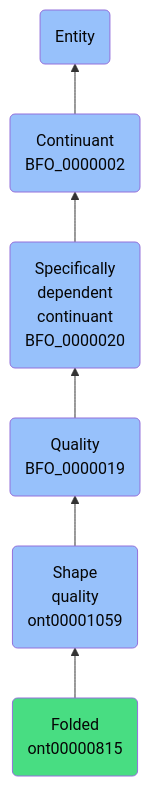
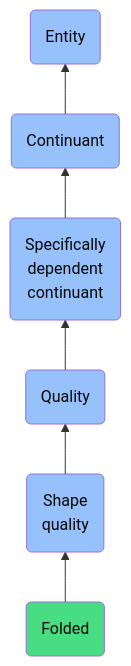
The diagram in docs/ontology/reference/model/Entity/Continuant/Specifically dependent continuant/Quality/Shape quality/Folded/Folded.md (jupyter-naas/abi), drawn with Mermaid before and after one commit. The commit also changed other lines of this file and 1430 other files, not shown here.

````diff
--- a/docs/ontology/reference/model/Entity/Continuant/Specifically dependent continuant/Quality/Shape quality/Folded/Folded.md
+++ b/docs/ontology/reference/model/Entity/Continuant/Specifically dependent continuant/Quality/Shape quality/Folded/Folded.md
@@ -24,13 +24,13 @@
 ```mermaid
 graph BT
-    ont00000815(Folded<br>ont00000815):::ABI-->ont00001059
-    ont00001059(Shape<br>quality<br>ont00001059):::BFO-->BFO_0000019
-    BFO_0000019(Quality<br>BFO_0000019):::BFO-->BFO_0000020
-    BFO_0000020(Specifically<br>dependent<br>continuant<br>BFO_0000020):::BFO-->BFO_0000002
-    BFO_0000002(Continuant<br>BFO_0000002):::BFO-->BFO_0000001
+    ont00000815(Folded):::ABI-->ont00001059
+    ont00001059(Shape<br>quality):::BFO-->BFO_0000019
+    BFO_0000019(Quality):::BFO-->BFO_0000020
+    BFO_0000020(Specifically<br>dependent<br>continuant):::BFO-->BFO_0000002
+    BFO_0000002(Continuant):::BFO-->BFO_0000001
     BFO_0000001(Entity):::BFO
     
     classDef BFO fill:#97c1fb,color:#060606
     classDef CCO fill:#e4c51e,color:#060606
     classDef ABI fill:#48DD82,color:#060606
 ```
````
